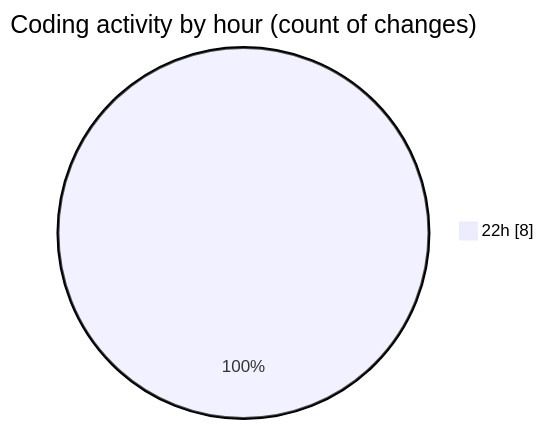
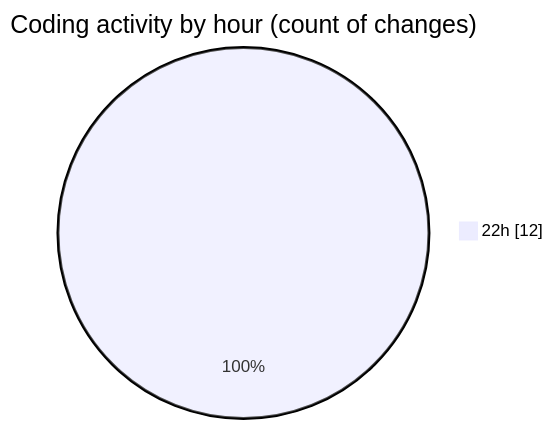
The second of 2 diagrams in 2025-01-03/my-code-activity-ext/README.md (ernivani/code-tracking), drawn with Mermaid before and after one commit. The commit also changed other lines of this file and 1 other file, not shown here.

````diff
--- a/2025-01-03/my-code-activity-ext/README.md
+++ b/2025-01-03/my-code-activity-ext/README.md
@@ -30,5 +30,5 @@
 ```mermaid
 pie showData
 title Coding activity by hour (count of changes)
-"22h" : 8
+"22h" : 12
 ```
````
